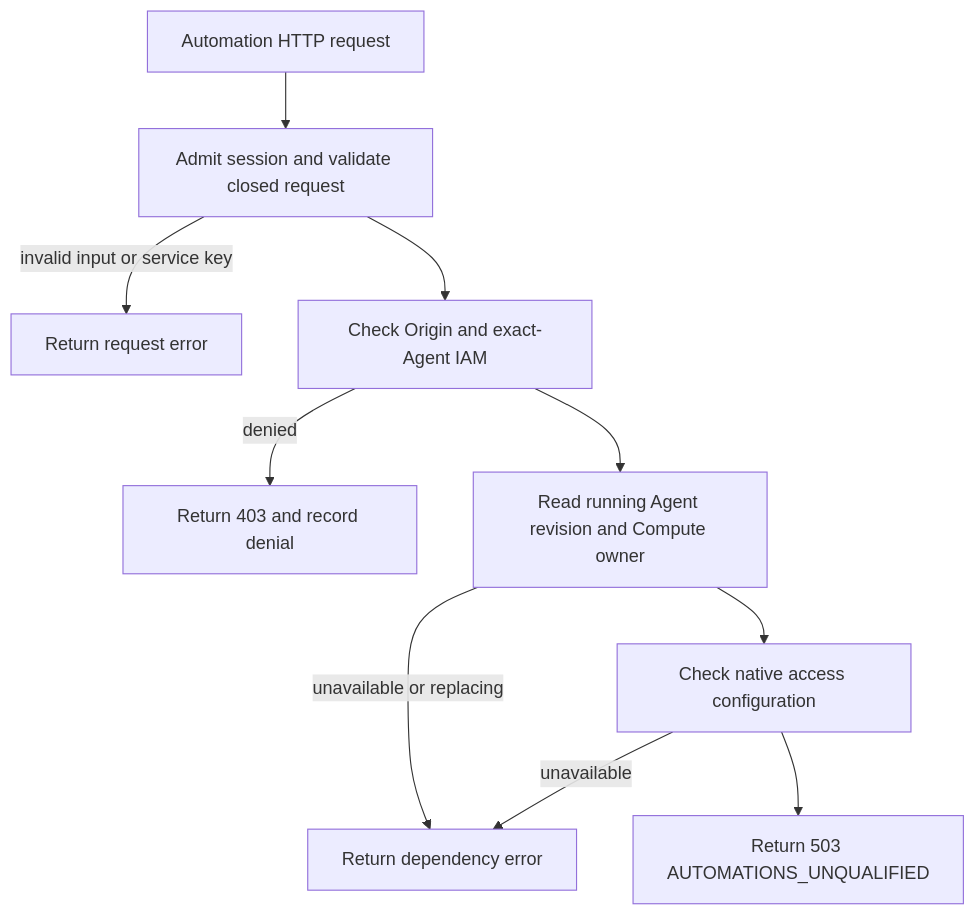
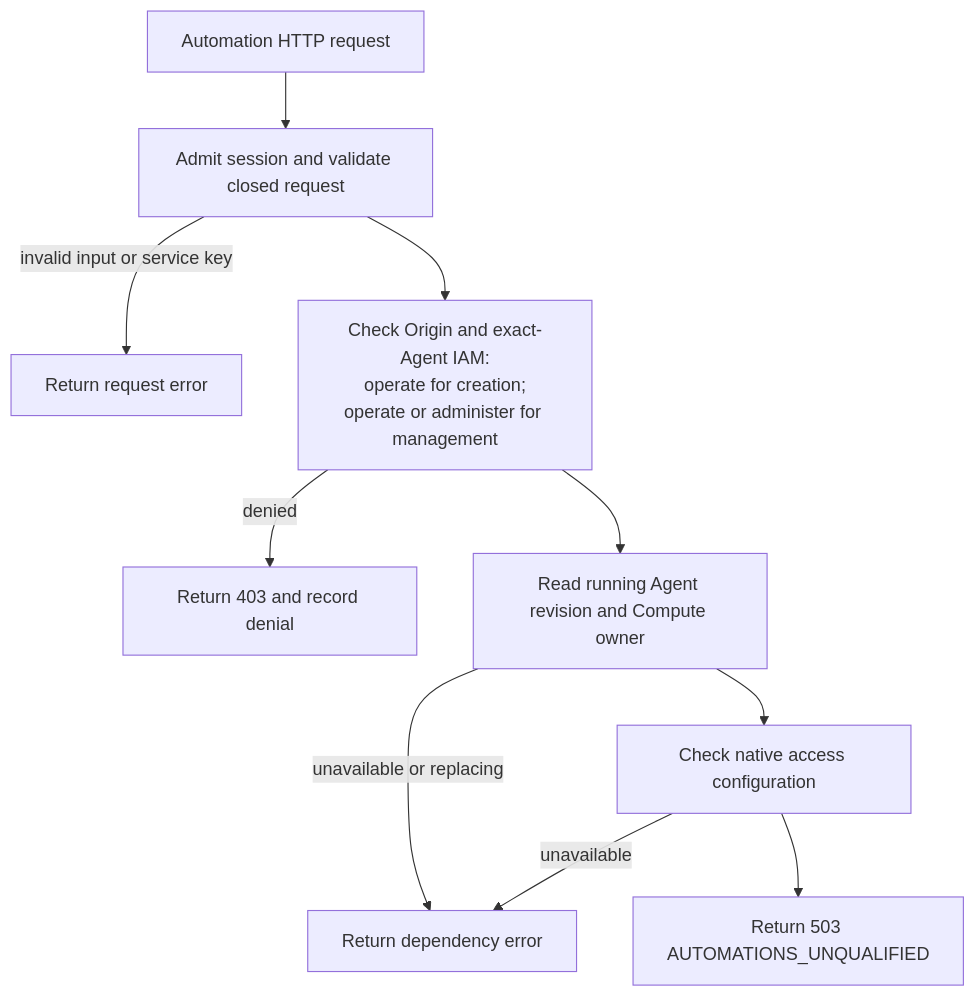
The diagram in docs/flows/agent-automations.md (openclaw/openclaw-enterprise), drawn with Mermaid before and after one commit. The commit also changed other lines of this file and 9 other files, not shown here.

Commit message:
fix: require operate to create Agent automations

````diff
--- a/docs/flows/agent-automations.md
+++ b/docs/flows/agent-automations.md
@@ -26,12 +26,12 @@
 ```mermaid
 graph TD
   A["Automation HTTP request"] --> B["Admit session and validate closed request"]
   B -->|"invalid input or service key"| R["Return request error"]
-  B --> C["Check Origin and exact-Agent IAM"]
+  B --> C["Check Origin and exact-Agent IAM:<br/>operate for creation;<br/>operate or administer for management"]
   C -->|"denied"| D["Return 403 and record denial"]
   C --> E["Read running Agent revision and Compute owner"]
   E -->|"unavailable or replacing"| U["Return dependency error"]
   E --> F["Check native access configuration"]
   F -->|"unavailable"| U
   F --> Q["Return 503 AUTOMATIONS_UNQUALIFIED"]
 ```
````
